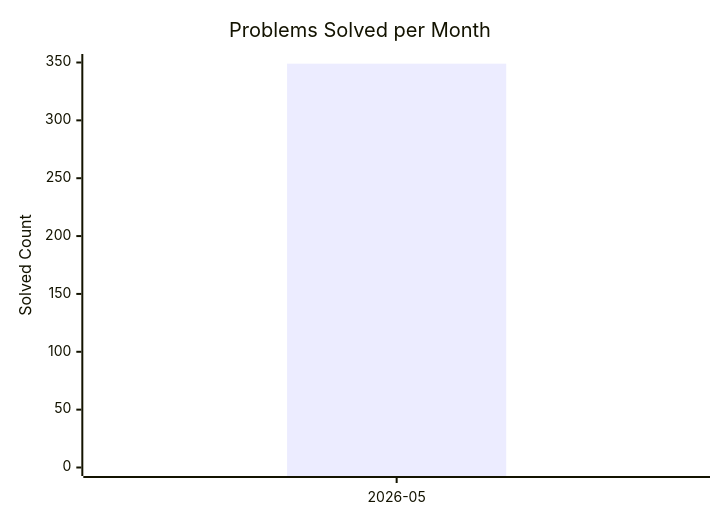
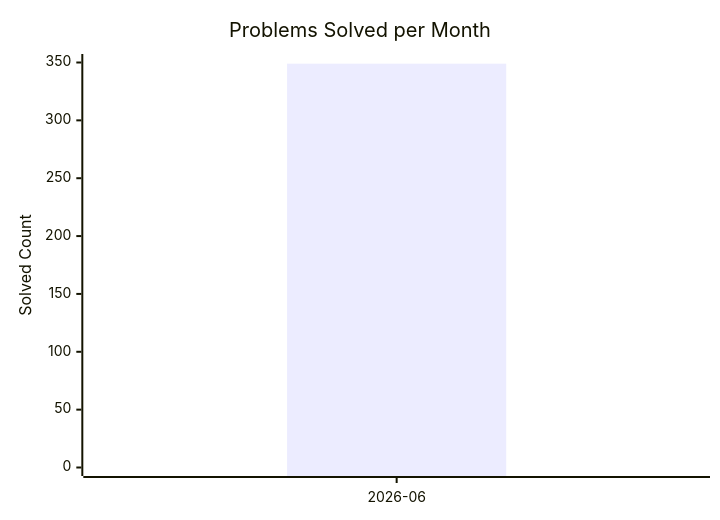
Before and after one commit to AdityaPandey-DEV/CP-Progress-Sync: the diagram in dashboard.md, drawn with Mermaid. The commit also changed other lines of this file, not shown here.

````diff
--- a/dashboard.md
+++ b/dashboard.md
@@ -8,8 +8,8 @@
 ```mermaid
 xychart-beta
     title "Problems Solved per Month"
-    x-axis ["2026-05"]
+    x-axis ["2026-06"]
     y-axis "Solved Count" 0 --> 350
     bar [349]
     line [349]
 ```
````
